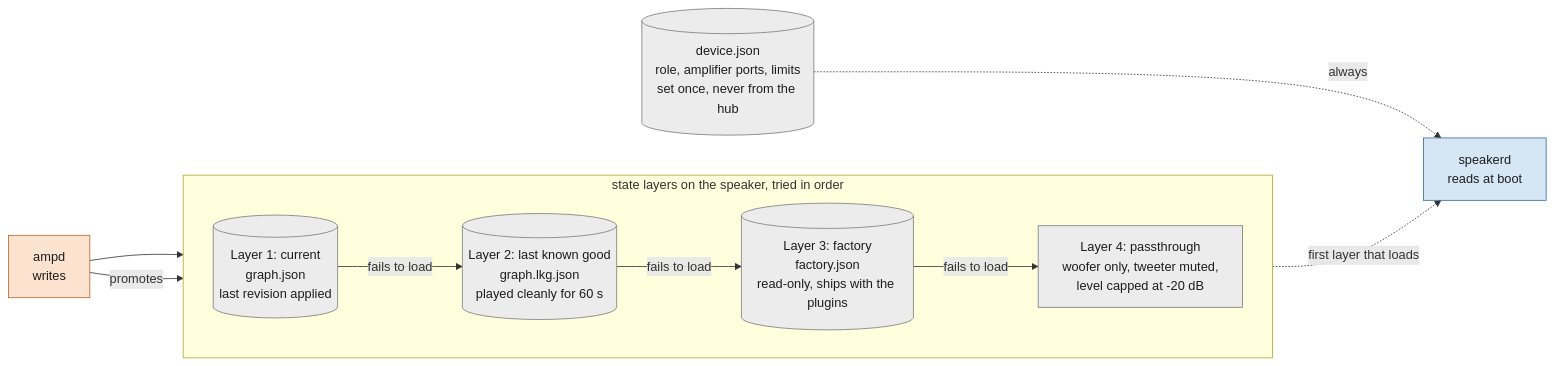
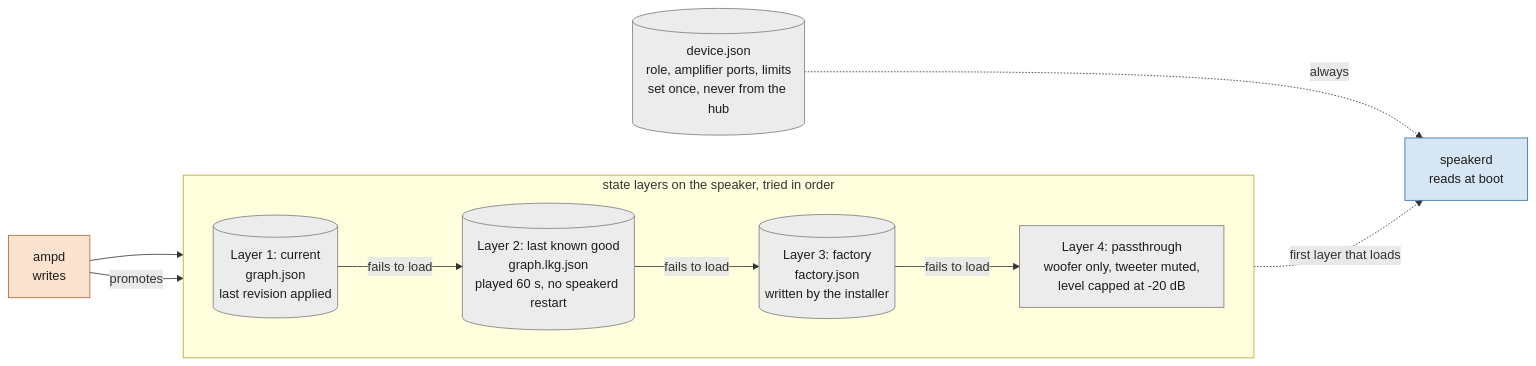
The tenth of 19 diagrams in docs/remote-plugin-host.md (AMuszkat/bpi_amp_platform), drawn with Mermaid before and after one commit. The commit also changed other lines of this file and 22 other files, not shown here.

First line of the commit message:
firmware, docs: the first board deploy's fixes; 48 kHz base config; P1 figure script

````diff
--- a/docs/remote-plugin-host.md
+++ b/docs/remote-plugin-host.md
@@ -940,22 +954,22 @@
 ```mermaid
 flowchart LR
     classDef ctl fill:#fbe3cf,stroke:#b4642a,color:#1d1d1d
     classDef aud fill:#d6e6f5,stroke:#2f6aa3,color:#1d1d1d
     classDef sto fill:#ececec,stroke:#7a7a7a,color:#1d1d1d
 
     ampd["ampd<br/>writes"]:::ctl
     subgraph layers["state layers on the speaker, tried in order"]
         direction LR
         cur[("Layer 1: current<br/>graph.json<br/>last revision applied")]:::sto
-        lkg[("Layer 2: last known good<br/>graph.lkg.json<br/>played cleanly for 60 s")]:::sto
-        fac[("Layer 3: factory<br/>factory.json<br/>read-only, ships with the plugins")]:::sto
+        lkg[("Layer 2: last known good<br/>graph.lkg.json<br/>played 60 s, no speakerd restart")]:::sto
+        fac[("Layer 3: factory<br/>factory.json<br/>written by the installer")]:::sto
         pass["Layer 4: passthrough<br/>woofer only, tweeter muted,<br/>level capped at -20 dB"]:::sto
         cur -- "fails to load" --> lkg -- "fails to load" --> fac -- "fails to load" --> pass
     end
     dev[("device.json<br/>role, amplifier ports, limits<br/>set once, never from the hub")]:::sto
     sd["speakerd<br/>reads at boot"]:::aud
     ampd --> cur
     ampd -- "promotes" --> lkg
     layers -. "first layer that loads" .-> sd
     dev -. "always" .-> sd
 ```
````
